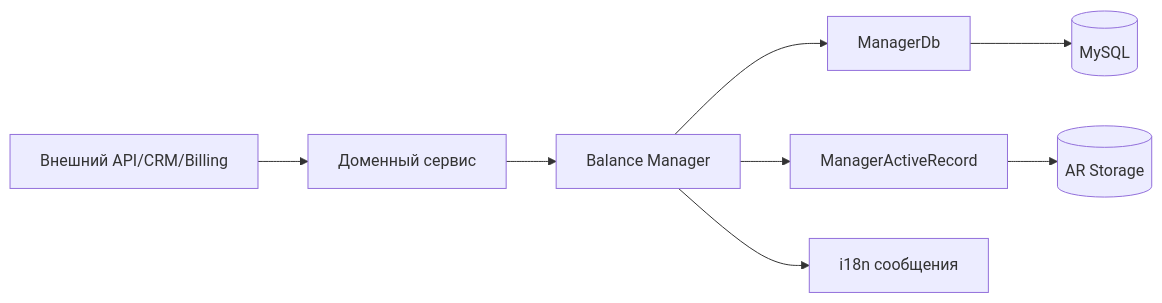
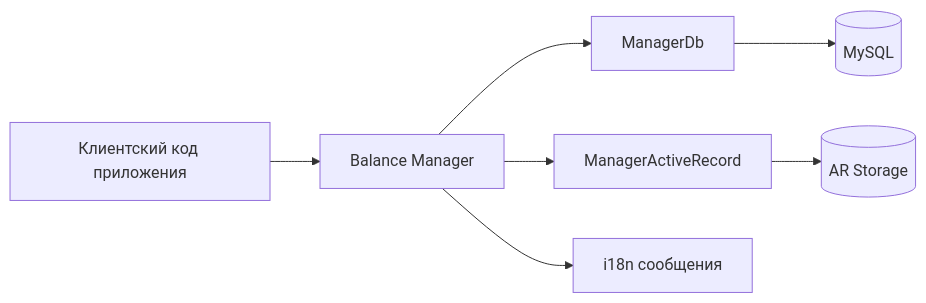
The first of 4 diagrams in docs/architecture-and-data-flow.md (nazbav/yii2-account-balance), drawn with Mermaid before and after one commit. The commit also changed other lines of this file and 14 other files, not shown here.

````diff
--- a/docs/architecture-and-data-flow.md
+++ b/docs/architecture-and-data-flow.md
@@ -14,10 +14,9 @@
 ```mermaid
 flowchart LR
-    A[Внешний API/CRM/Billing] --> B[Доменный сервис]
-    B --> C[Balance Manager]
+    A[Клиентский код приложения] --> C[Balance Manager]
     C --> D[ManagerDb]
     C --> E[ManagerActiveRecord]
     D --> F[(MySQL)]
     E --> G[(AR Storage)]
     C --> H[i18n сообщения]
 ```
````
